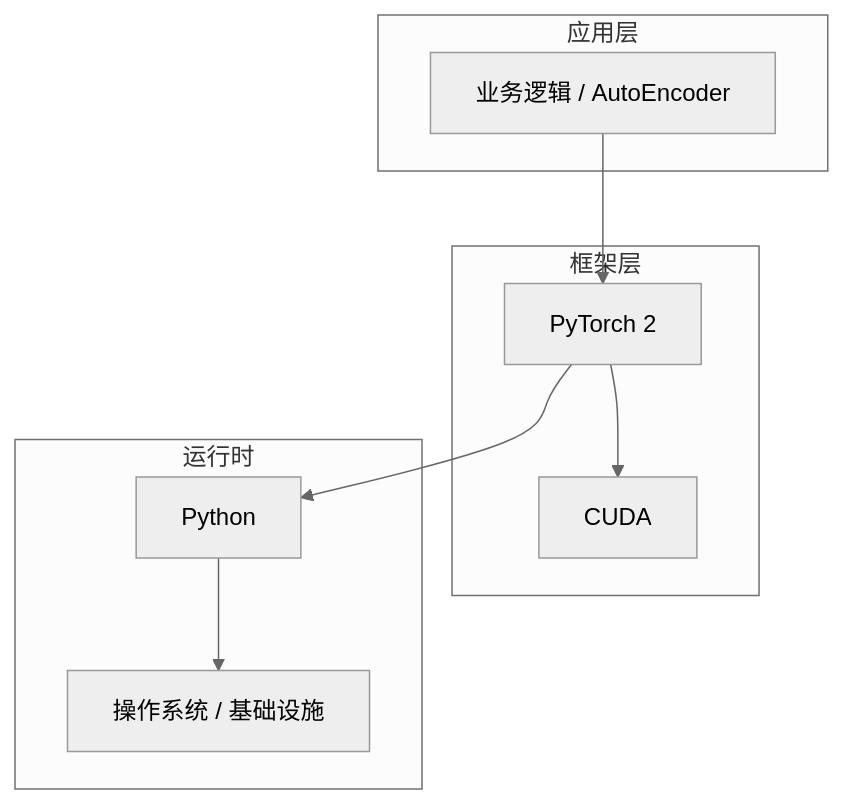
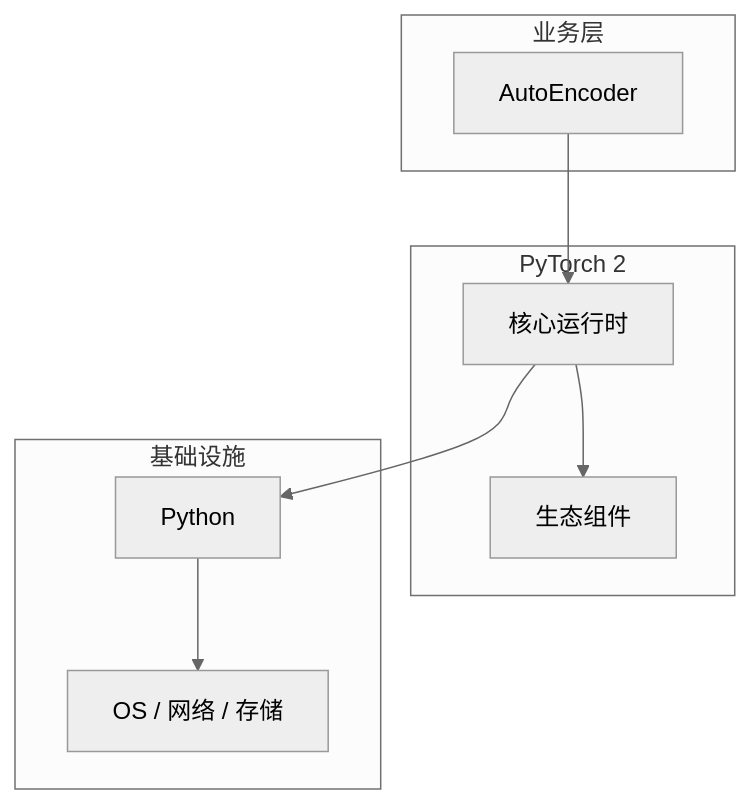
The diagram in articles/深度学习/chapters/079-AutoEncoder核心概念与原理.md (yanggan2015/knowledge-json-v2), drawn with Mermaid (neutral theme) before and after one commit. The commit also changed other lines of this file and 10127 other files, not shown here.

````diff
--- a/articles/深度学习/chapters/079-AutoEncoder核心概念与原理.md
+++ b/articles/深度学习/chapters/079-AutoEncoder核心概念与原理.md
@@ -45,18 +30,18 @@
 ```mermaid
 graph TB
-    subgraph 应用层
-        A[业务逻辑 / AutoEncoder]
+    subgraph 业务层
+        A[AutoEncoder]
     end
-    subgraph 框架层
-        B[PyTorch 2]
-        C[CUDA]
+    subgraph PyTorch 2
+        B[核心运行时]
+        C[生态组件]
     end
-    subgraph 运行时
+    subgraph 基础设施
         D[Python]
-        E[操作系统 / 基础设施]
+        E[OS / 网络 / 存储]
     end
     A --> B
     B --> C
     B --> D
     D --> E
 ```
````
